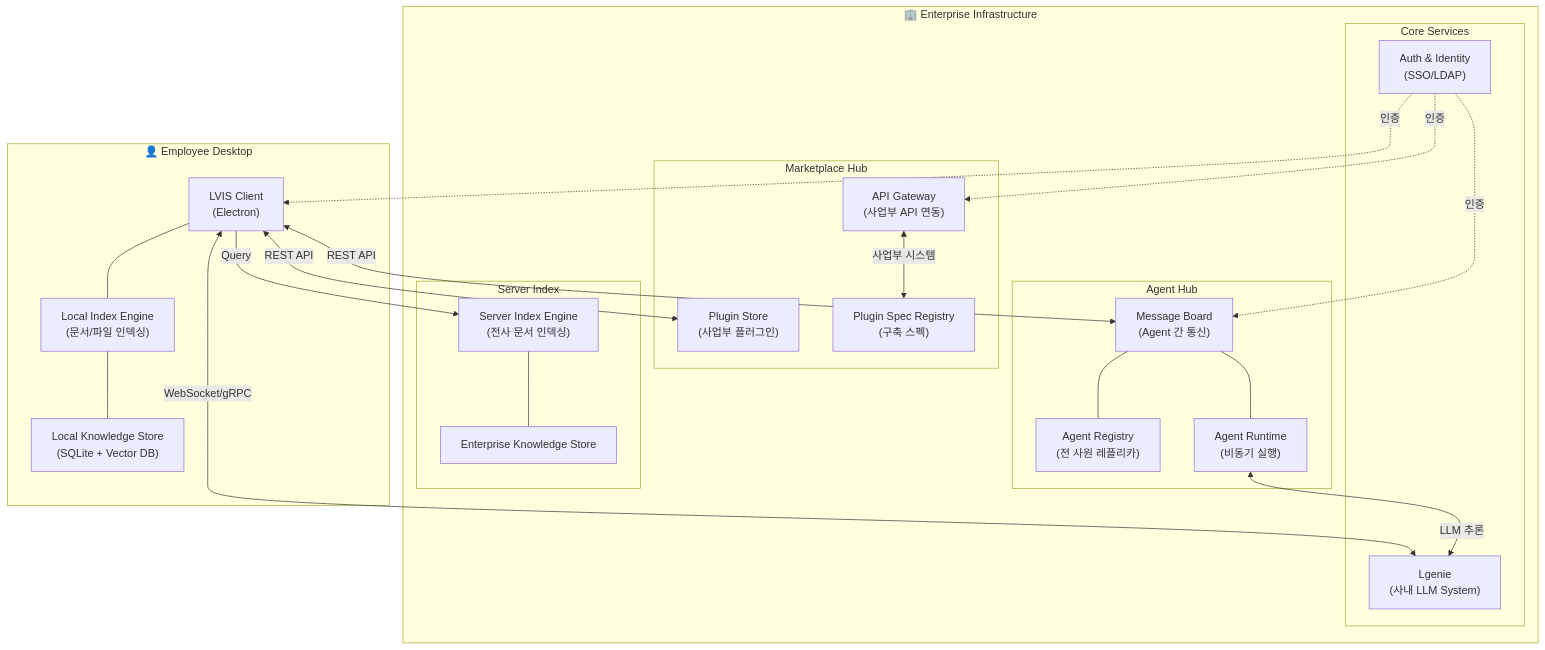
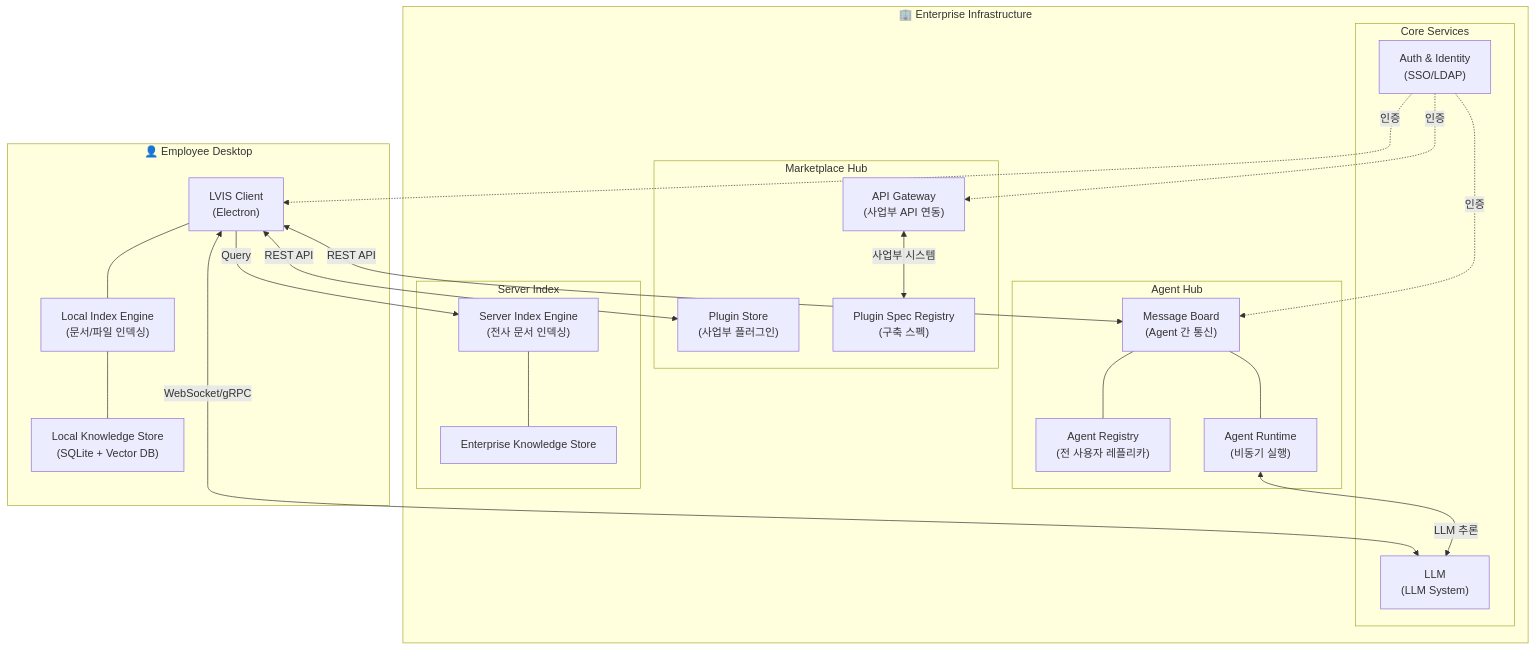
The first of 21 diagrams in docs/architecture/architecture.reference.md (lvis-project/lvis-app), drawn with Mermaid before and after one commit. The commit also changed other lines of this file and 86 other files, not shown here.

````diff
--- a/docs/architecture/architecture.reference.md
+++ b/docs/architecture/architecture.reference.md
@@ -41,47 +41,47 @@
 ```mermaid
 graph TB
     subgraph "👤 Employee Desktop"
         CLIENT["LVIS Client<br/>(Electron)"]
         LOCAL_IDX["Local Index Engine<br/>(문서/파일 인덱싱)"]
         LOCAL_STORE["Local Knowledge Store<br/>(SQLite + Vector DB)"]
     end
 
     subgraph "🏢 Enterprise Infrastructure"
         subgraph "Core Services"
-            LGENIE["Lgenie<br/>(사내 LLM System)"]
+            LLM_BACKEND["LLM<br/>(LLM System)"]
             AUTH["Auth & Identity<br/>(SSO/LDAP)"]
         end
 
         subgraph "Agent Hub"
             MSG_BOARD["Message Board<br/>(Agent 간 통신)"]
-            AGENT_REG["Agent Registry<br/>(전 사원 레플리카)"]
+            AGENT_REG["Agent Registry<br/>(전 사용자 레플리카)"]
             AGENT_RT["Agent Runtime<br/>(비동기 실행)"]
         end
 
         subgraph "Marketplace Hub"
             PLUGIN_STORE["Plugin Store<br/>(사업부 플러그인)"]
             API_GW["API Gateway<br/>(사업부 API 연동)"]
             PLUGIN_SPEC["Plugin Spec Registry<br/>(구축 스펙)"]
         end
 
         subgraph "Server Index"
             SRV_IDX["Server Index Engine<br/>(전사 문서 인덱싱)"]
             SRV_STORE["Enterprise Knowledge Store"]
         end
     end
 
-    CLIENT <-->|"WebSocket/gRPC"| LGENIE
+    CLIENT <-->|"WebSocket/gRPC"| LLM_BACKEND
     CLIENT <-->|"REST API"| MSG_BOARD
     CLIENT <-->|"REST API"| PLUGIN_STORE
     CLIENT -->|"Query"| SRV_IDX
     CLIENT --- LOCAL_IDX
     LOCAL_IDX --- LOCAL_STORE
     MSG_BOARD --- AGENT_REG
     MSG_BOARD --- AGENT_RT
-    AGENT_RT <-->|"LLM 추론"| LGENIE
+    AGENT_RT <-->|"LLM 추론"| LLM_BACKEND
     API_GW <-->|"사업부 시스템"| PLUGIN_SPEC
     SRV_IDX --- SRV_STORE
     AUTH -.->|"인증"| CLIENT
     AUTH -.->|"인증"| MSG_BOARD
     AUTH -.->|"인증"| API_GW
 ```
````
